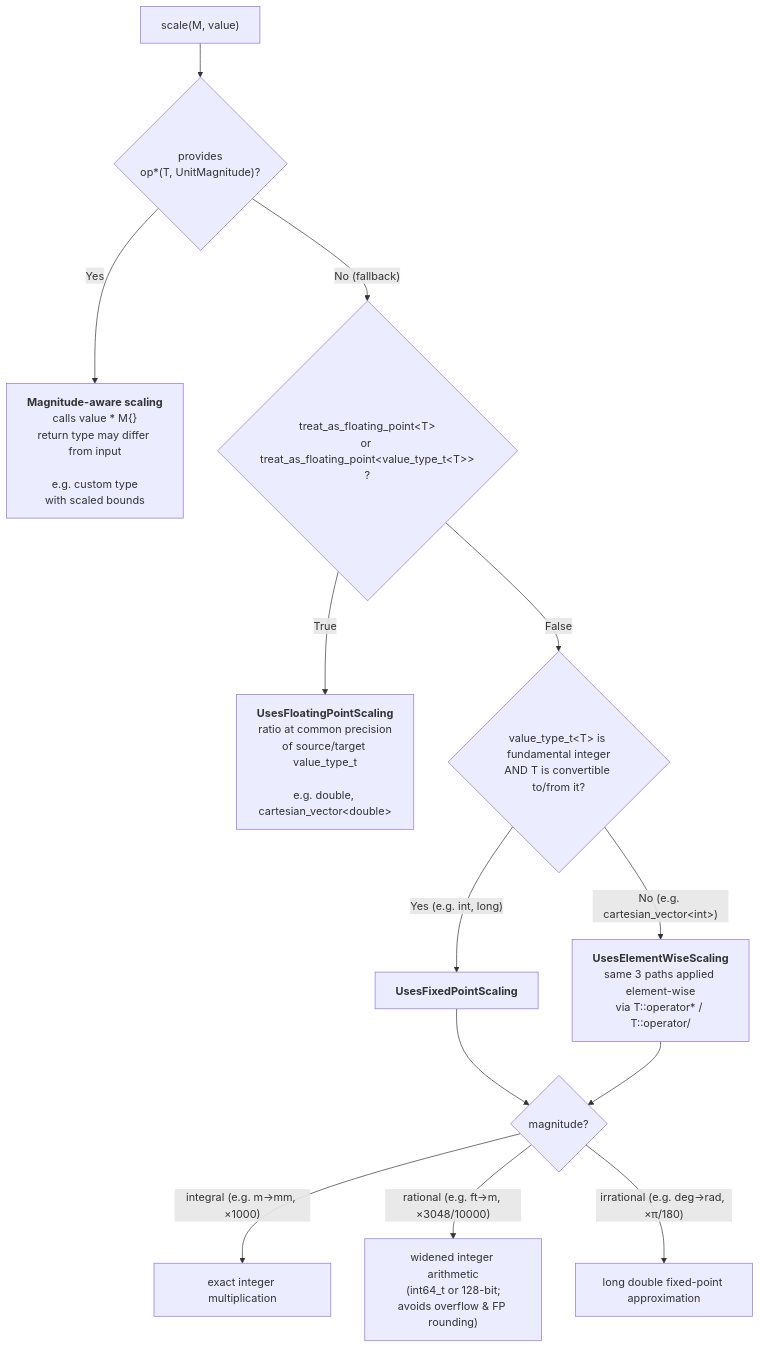
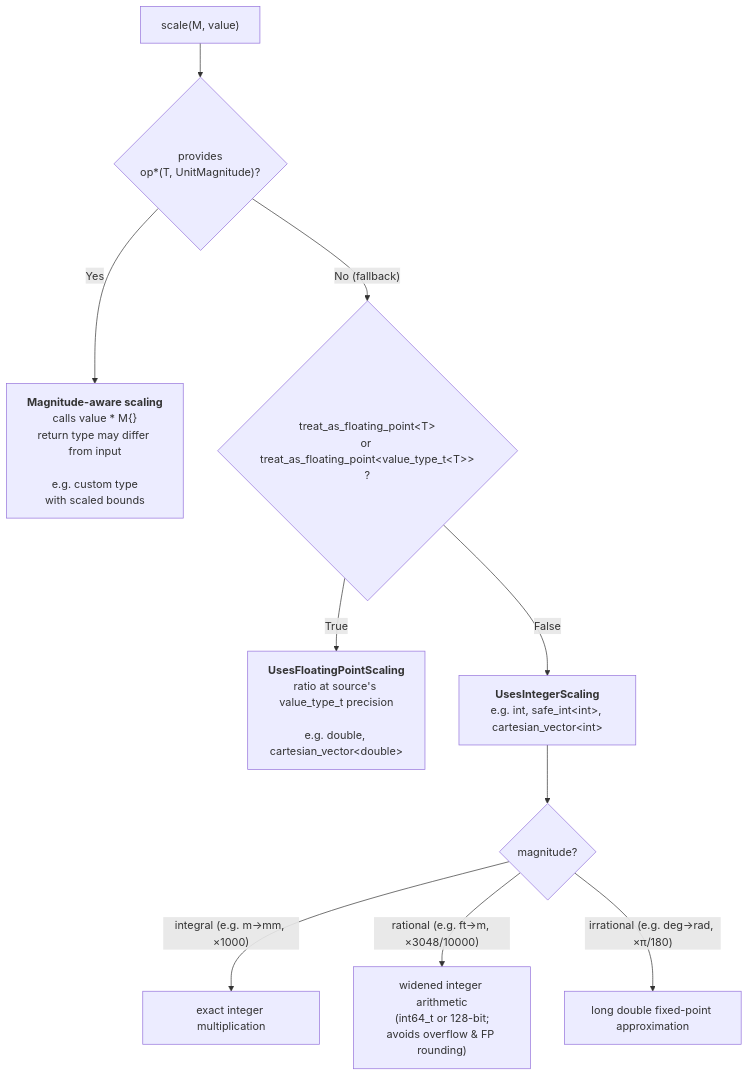
One commit to RalphSteinhagen/units changed the diagram in docs/users_guide/framework_basics/representation_types.md. Above: the diagram before and after it, drawn with Mermaid. The commit also changed other lines of this file and 5 other files, not shown here.

````diff
--- a/docs/users_guide/framework_basics/representation_types.md
+++ b/docs/users_guide/framework_basics/representation_types.md
@@ -207,15 +202,12 @@
 ```mermaid
 flowchart TD
     A["scale(M, value)"] --> MA{"provides<br>op*(T, UnitMagnitude)?"}
     MA -- "Yes" --> MAR["<b>Magnitude-aware scaling</b><br>calls value * M{}<br>return type may differ from input<br><br>e.g. custom type<br>with scaled bounds"]
     MA -- "No (fallback)" --> B{"treat_as_floating_point&lt;T&gt;<br>or treat_as_floating_point&lt;value_type_t&lt;T&gt;&gt;<br>?"}
-    B -- True --> FP["<b>UsesFloatingPointScaling</b><br>ratio at common precision<br>of source/target value_type_t<br><br>e.g. double, cartesian_vector&lt;double&gt;"]
-    B -- False --> C{"value_type_t&lt;T&gt; is fundamental integer<br>AND T is convertible to/from it?"}
-    C -- "Yes (e.g. int, long)" --> FIXED["<b>UsesFixedPointScaling</b>"]
-    C -- "No (e.g. cartesian_vector&lt;int&gt;)" --> EWS["<b>UsesElementWiseScaling</b><br>same 3 paths applied element-wise<br>via T::operator* / T::operator/"]
-    FIXED --> G{"magnitude?"}
-    EWS --> G
+    B -- True --> FP["<b>UsesFloatingPointScaling</b><br>ratio at source's value_type_t precision<br><br>e.g. double, cartesian_vector&lt;double&gt;"]
+    B -- False --> INT["<b>UsesIntegerScaling</b><br>e.g. int, safe_int&lt;int&gt;, cartesian_vector&lt;int&gt;"]
+    INT --> G{"magnitude?"}
     G -- "integral (e.g. m→mm, ×1000)" --> I["exact integer multiplication"]
     G -- "rational (e.g. ft→m, ×3048/10000)" --> R["widened integer arithmetic<br>(int64_t or 128-bit;<br>avoids overflow &amp; FP rounding)"]
     G -- "irrational (e.g. deg→rad, ×π/180)" --> IR["long double fixed-point approximation"]
 ```
````
